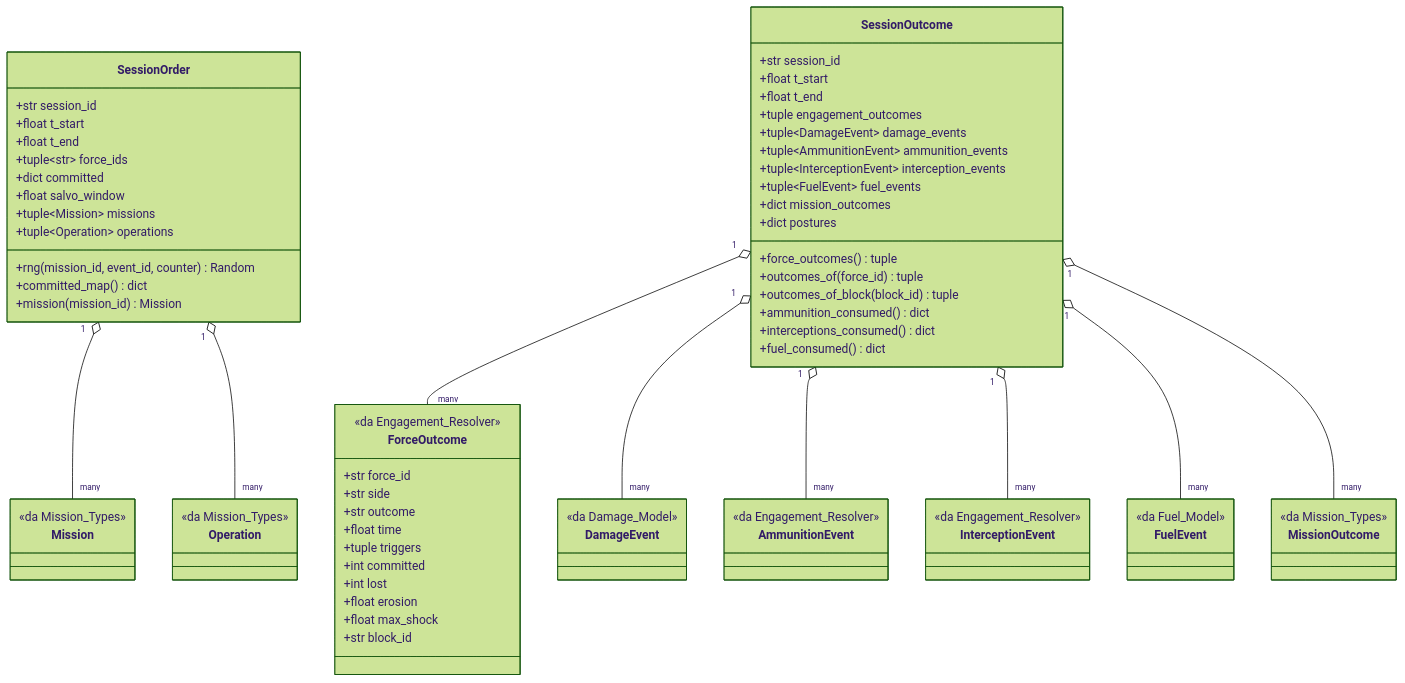
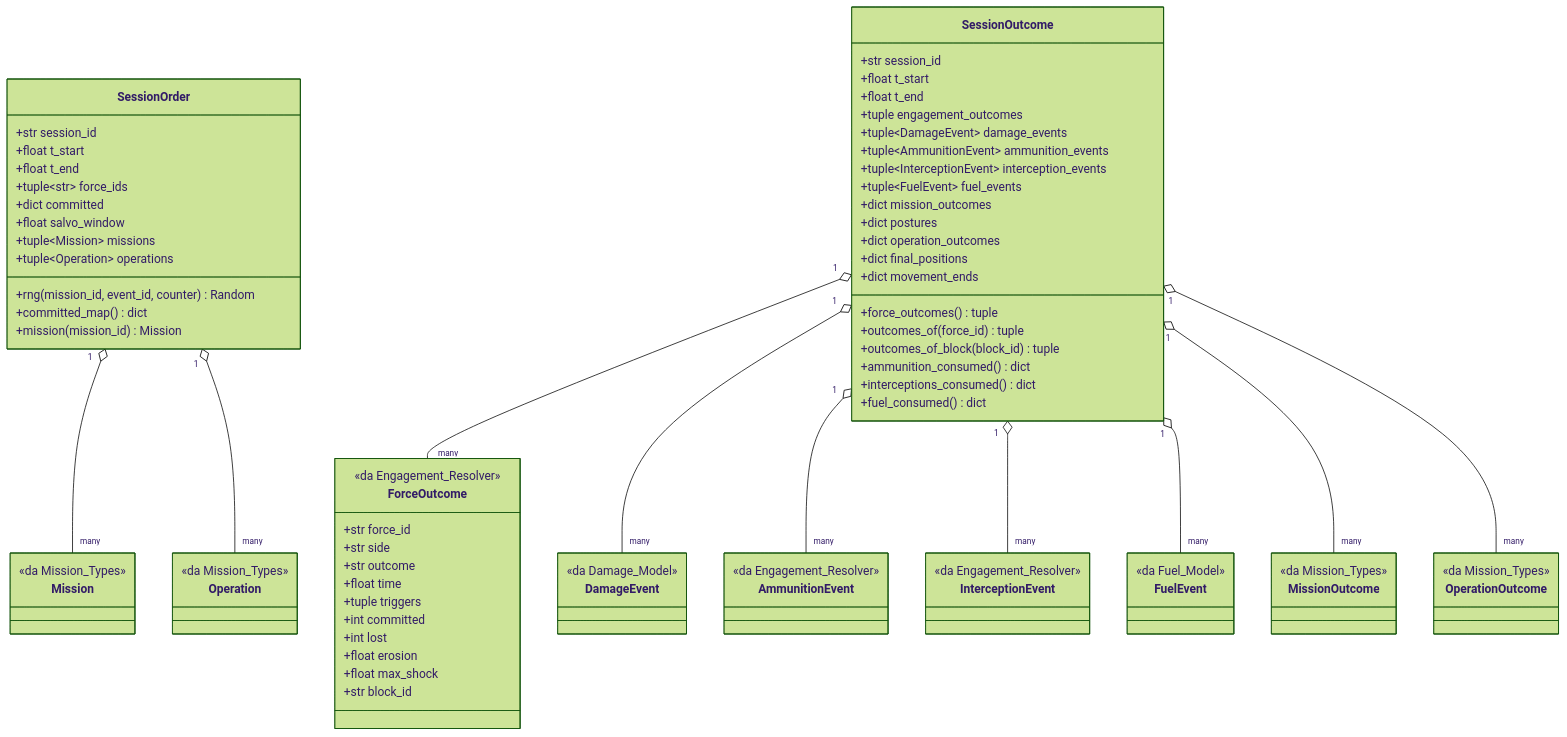
The first of 5 diagrams in Analysis/Document/Manuale_Motore_DES/03_Strato0_Contratto_Porte.md (MakusIV/Warfare-Model), drawn with Mermaid (forest theme) before and after one commit. The commit also changed other lines of this file and 10 other files, not shown here.

````diff
--- a/Analysis/Document/Manuale_Motore_DES/03_Strato0_Contratto_Porte.md
+++ b/Analysis/Document/Manuale_Motore_DES/03_Strato0_Contratto_Porte.md
@@ -218,6 +264,9 @@
         +tuple~FuelEvent~ fuel_events
         +dict mission_outcomes
         +dict postures
+        +dict operation_outcomes
+        +dict final_positions
+        +dict movement_ends
         +force_outcomes() tuple
         +outcomes_of(force_id) tuple
         +outcomes_of_block(block_id) tuple
@@ -261,6 +310,9 @@
     class MissionOutcome {
         <<da Mission_Types>>
     }
+    class OperationOutcome {
+        <<da Mission_Types>>
+    }
 
     SessionOutcome "1" o-- "many" ForceOutcome
     SessionOutcome "1" o-- "many" DamageEvent
@@ -268,6 +320,7 @@
     SessionOutcome "1" o-- "many" InterceptionEvent
     SessionOutcome "1" o-- "many" FuelEvent
     SessionOutcome "1" o-- "many" MissionOutcome
+    SessionOutcome "1" o-- "many" OperationOutcome
     SessionOrder "1" o-- "many" Mission
     SessionOrder "1" o-- "many" Operation
 ```
````
